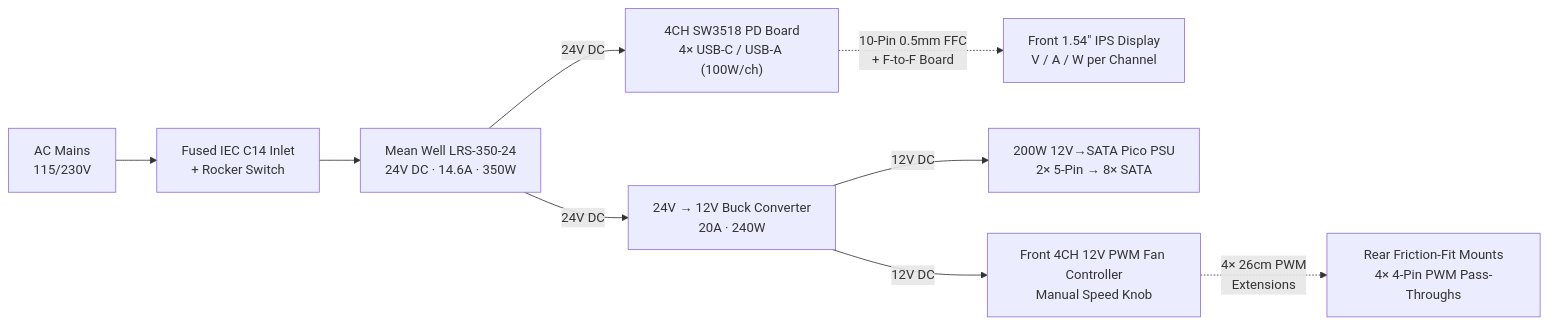
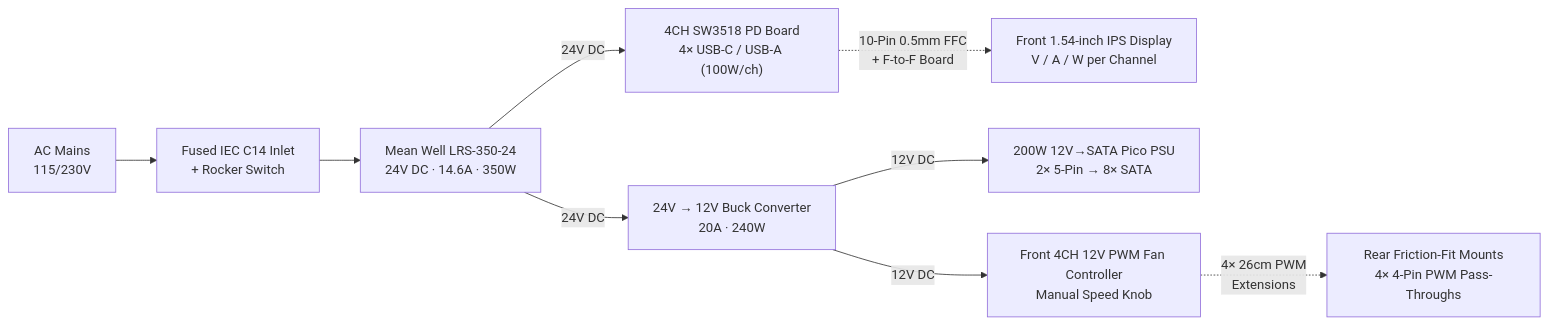
The diagram in README.md (ZiadAbdelati/10in-rack-psu), drawn with Mermaid before and after one commit. The commit also changed other lines of this file and 1 other file, not shown here.

Commit message:
Fix Mermaid diagram, add Noctua NF-A6x15 fan swap, remove load-test image and repo tree

````diff
--- a/README.md
+++ b/README.md
@@ -32,13 +32,13 @@
 ```mermaid
 flowchart LR
     AC["AC Mains<br/>115/230V"] --> C14["Fused IEC C14 Inlet<br/>+ Rocker Switch"]
     C14 --> MW["Mean Well LRS-350-24<br/>24V DC · 14.6A · 350W"]
 
     MW -- "24V DC" --> SW["4CH SW3518 PD Board<br/>4× USB-C / USB-A (100W/ch)"]
-    SW -. "10-Pin 0.5mm FFC<br/>+ F-to-F Board" .-> LCD["Front 1.54&quot; IPS Display<br/>V / A / W per Channel"]
+    SW -. "10-Pin 0.5mm FFC<br/>+ F-to-F Board" .-> LCD["Front 1.54-inch IPS Display<br/>V / A / W per Channel"]
 
     MW -- "24V DC" --> BUCK["24V → 12V Buck Converter<br/>20A · 240W"]
     BUCK -- "12V DC" --> PICO["200W 12V→SATA Pico PSU<br/>2× 5-Pin → 8× SATA"]
     BUCK -- "12V DC" --> FAN["Front 4CH 12V PWM Fan Controller<br/>Manual Speed Knob"]
     FAN -. "4× 26cm PWM<br/>Extensions" .-> FANOUT["Rear Friction-Fit Mounts<br/>4× 4-Pin PWM Pass-Throughs"]
 ```
````
